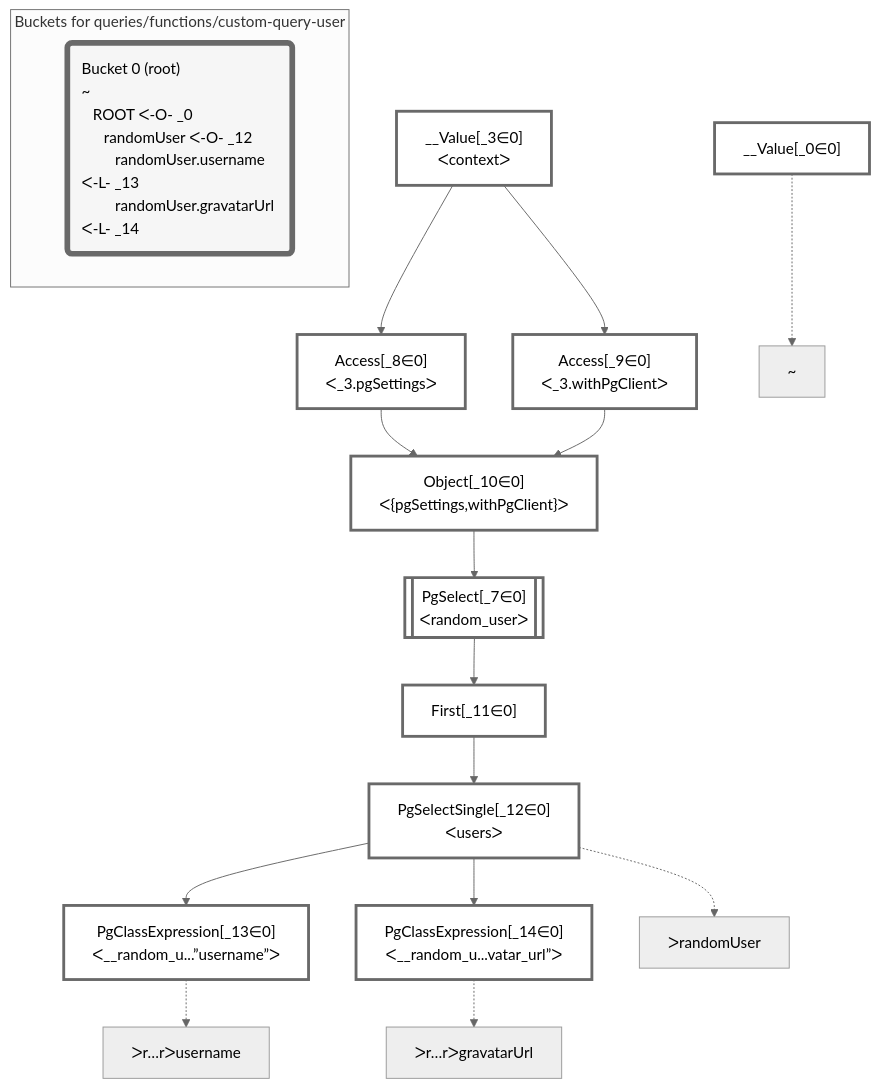
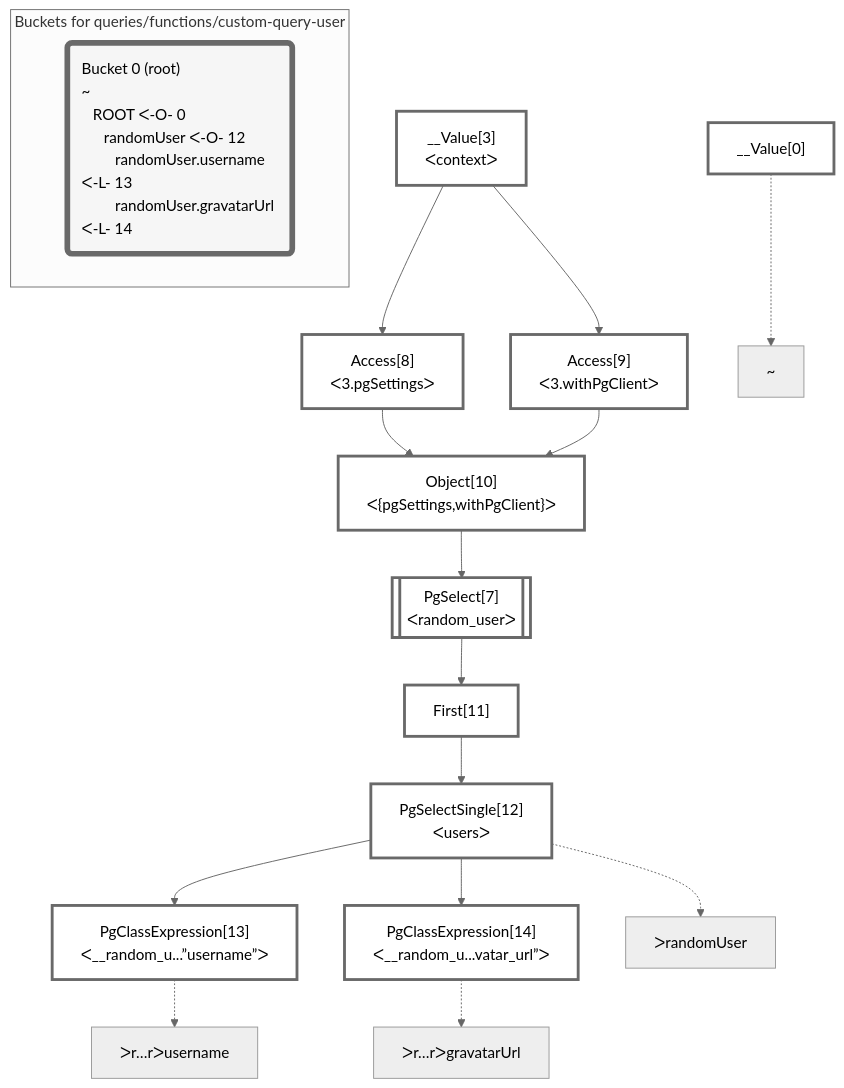
One commit to graphile/crystal changed the diagram in packages/dataplan-pg/__tests__/queries/functions/custom-query-user.mermaid.md. Above: the diagram before and after it, drawn with Mermaid (neutral theme). The commit also changed 195 other files, not shown here.

````diff
--- a/packages/dataplan-pg/__tests__/queries/functions/custom-query-user.mermaid.md
+++ b/packages/dataplan-pg/__tests__/queries/functions/custom-query-user.mermaid.md
@@ -1,47 +1,47 @@
 ```mermaid
 graph TD
     classDef path fill:#eee,stroke:#000,color:#000
     classDef plan fill:#fff,stroke-width:3px,color:#000
     classDef itemplan fill:#fff,stroke-width:6px,color:#000
     classDef sideeffectplan fill:#f00,stroke-width:6px,color:#000
     classDef bucket fill:#f6f6f6,color:#000,stroke-width:6px,text-align:left
 
 
     %% define plans
-    __Value_0["__Value[_0∈0]"]:::plan
-    PgClassExpression_13["PgClassExpression[_13∈0]<br />ᐸ__random_u...”username”ᐳ"]:::plan
-    PgClassExpression_14["PgClassExpression[_14∈0]<br />ᐸ__random_u...vatar_url”ᐳ"]:::plan
-    PgSelectSingle_12["PgSelectSingle[_12∈0]<br />ᐸusersᐳ"]:::plan
-    First_11["First[_11∈0]"]:::plan
-    PgSelect_7[["PgSelect[_7∈0]<br />ᐸrandom_userᐳ"]]:::plan
-    Object_10["Object[_10∈0]<br />ᐸ{pgSettings,withPgClient}ᐳ"]:::plan
-    Access_8["Access[_8∈0]<br />ᐸ_3.pgSettingsᐳ"]:::plan
-    Access_9["Access[_9∈0]<br />ᐸ_3.withPgClientᐳ"]:::plan
-    __Value_3["__Value[_3∈0]<br />ᐸcontextᐳ"]:::plan
+    __Value0["__Value[0]"]:::plan
+    PgClassExpression13["PgClassExpression[13]<br />ᐸ__random_u...”username”ᐳ"]:::plan
+    PgClassExpression14["PgClassExpression[14]<br />ᐸ__random_u...vatar_url”ᐳ"]:::plan
+    PgSelectSingle12["PgSelectSingle[12]<br />ᐸusersᐳ"]:::plan
+    First11["First[11]"]:::plan
+    PgSelect7[["PgSelect[7]<br />ᐸrandom_userᐳ"]]:::plan
+    Object10["Object[10]<br />ᐸ{pgSettings,withPgClient}ᐳ"]:::plan
+    Access8["Access[8]<br />ᐸ3.pgSettingsᐳ"]:::plan
+    Access9["Access[9]<br />ᐸ3.withPgClientᐳ"]:::plan
+    __Value3["__Value[3]<br />ᐸcontextᐳ"]:::plan
 
     %% plan dependencies
-    PgSelectSingle_12 --> PgClassExpression_13
-    PgSelectSingle_12 --> PgClassExpression_14
-    First_11 --> PgSelectSingle_12
-    PgSelect_7 --> First_11
-    Object_10 --> PgSelect_7
-    Access_8 & Access_9 --> Object_10
-    __Value_3 --> Access_8
-    __Value_3 --> Access_9
+    PgSelectSingle12 --> PgClassExpression13
+    PgSelectSingle12 --> PgClassExpression14
+    First11 --> PgSelectSingle12
+    PgSelect7 --> First11
+    Object10 --> PgSelect7
+    Access8 & Access9 --> Object10
+    __Value3 --> Access8
+    __Value3 --> Access9
 
     %% plan-to-path relationships
-    P_0["~"]
-    __Value_0 -.-> P_0
-    P_12["ᐳrandomUser"]
-    PgSelectSingle_12 -.-> P_12
-    P_13["ᐳr…rᐳusername"]
-    PgClassExpression_13 -.-> P_13
-    P_14["ᐳr…rᐳgravatarUrl"]
-    PgClassExpression_14 -.-> P_14
+    P0["~"]
+    __Value0 -.-> P0
+    P12["ᐳrandomUser"]
+    PgSelectSingle12 -.-> P12
+    P13["ᐳr…rᐳusername"]
+    PgClassExpression13 -.-> P13
+    P14["ᐳr…rᐳgravatarUrl"]
+    PgClassExpression14 -.-> P14
 
     subgraph "Buckets for queries/functions/custom-query-user"
-    Bucket0("Bucket 0 (root)<br />~<br />⠀ROOT ᐸ-O- _0<br />⠀⠀randomUser ᐸ-O- _12<br />⠀⠀⠀randomUser.username ᐸ-L- _13<br />⠀⠀⠀randomUser.gravatarUrl ᐸ-L- _14"):::bucket
+    Bucket0("Bucket 0 (root)<br />~<br />⠀ROOT ᐸ-O- 0<br />⠀⠀randomUser ᐸ-O- 12<br />⠀⠀⠀randomUser.username ᐸ-L- 13<br />⠀⠀⠀randomUser.gravatarUrl ᐸ-L- 14"):::bucket
     classDef bucket0 stroke:#696969
-    class Bucket0,__Value_0,__Value_3,PgSelect_7,Access_8,Access_9,Object_10,First_11,PgSelectSingle_12,PgClassExpression_13,PgClassExpression_14 bucket0
+    class Bucket0,__Value0,__Value3,PgSelect7,Access8,Access9,Object10,First11,PgSelectSingle12,PgClassExpression13,PgClassExpression14 bucket0
     end
 ```
````
